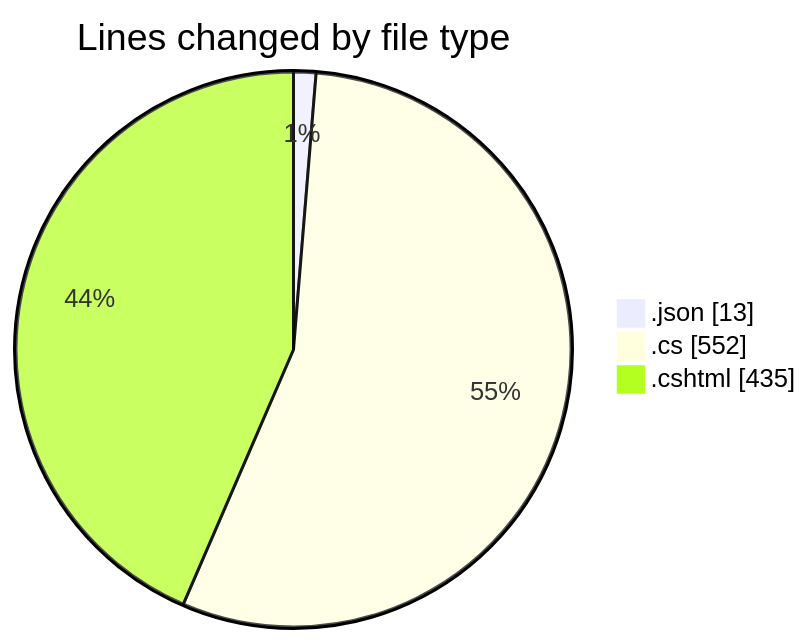
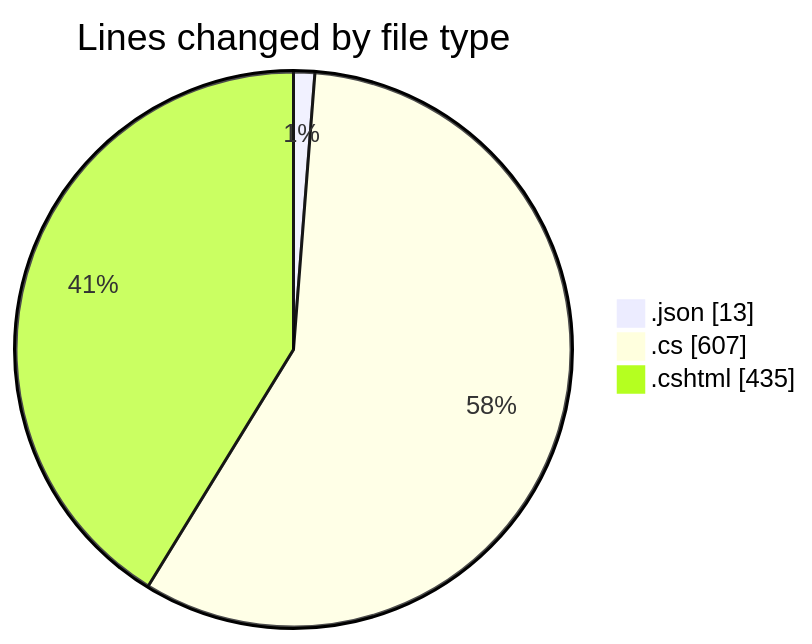
One commit to lephambinh05/code-tracking changed the first of 2 diagrams in 2025-07-23/cnpm_th_ba/README.md. Above: the diagram before and after it, drawn with Mermaid. The commit also changed other lines of this file and 1 other file, not shown here.

````diff
--- a/2025-07-23/cnpm_th_ba/README.md
+++ b/2025-07-23/cnpm_th_ba/README.md
@@ -22,7 +22,7 @@
 ```mermaid
 pie showData
 title Lines changed by file type
 ".json" : 13
-".cs" : 552
+".cs" : 607
 ".cshtml" : 435
 ```
````
